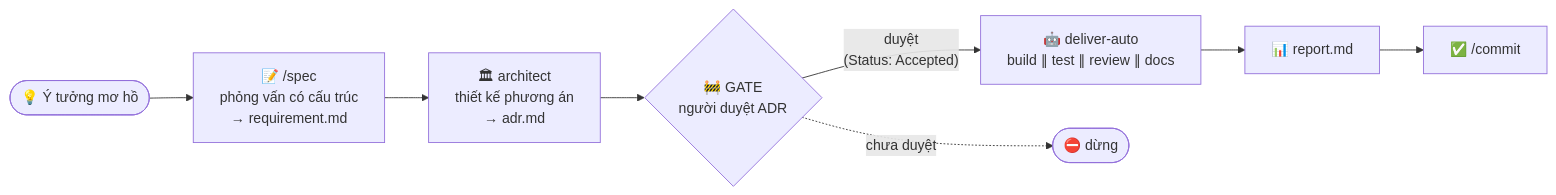
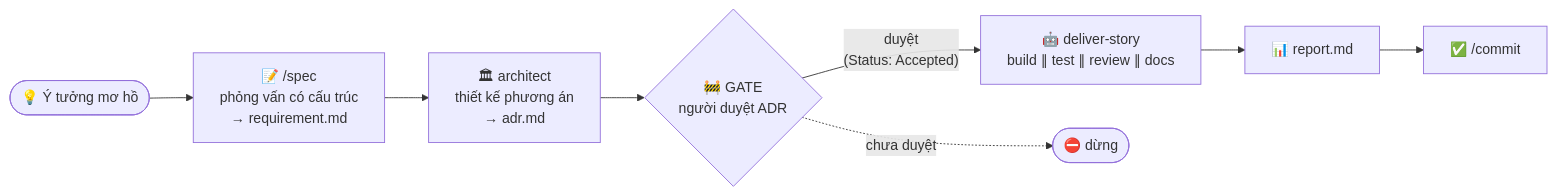
Before and after one commit to minhhv08/msdlc: the first of 2 diagrams in README.md, drawn with Mermaid. The commit also changed other lines of this file and 24 other files, not shown here.

First line of the commit message:
(feat): spec phân loại story/task để tiết kiệm token; đổi tên deliver-auto→deliver-story, deliver-light→deliver-task

````diff
--- a/README.md
+++ b/README.md
@@ -5,9 +5,9 @@
 ```mermaid
 flowchart LR
     idea(["💡 Ý tưởng mơ hồ"]) --> spec["📝 /spec<br/>phỏng vấn có cấu trúc<br/>→ requirement.md"]
     spec --> arch["🏛 architect<br/>thiết kế phương án<br/>→ adr.md"]
     arch --> gate{"🚧 GATE<br/>người duyệt ADR"}
-    gate -->|"duyệt<br/>(Status: Accepted)"| auto["🤖 deliver-auto<br/>build ∥ test ∥ review ∥ docs"]
+    gate -->|"duyệt<br/>(Status: Accepted)"| auto["🤖 deliver-story<br/>build ∥ test ∥ review ∥ docs"]
     gate -.->|"chưa duyệt"| stop(["⛔ dừng"])
     auto --> rep["📊 report.md"] --> commit["✅ /commit"]
 ```
````
